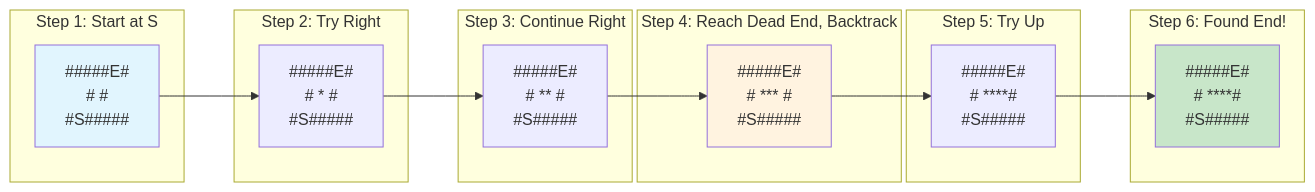
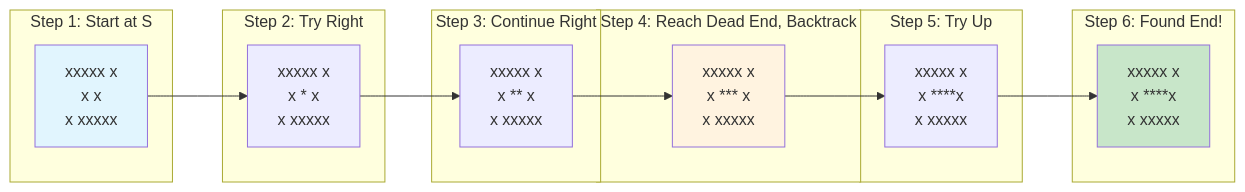
The second of 7 diagrams in 0011-maze-with-recursion/README.md (lezcodes/dsa), drawn with Mermaid before and after one commit. The commit also changed other lines of this file and 26 other files, not shown here.

Commit message:
docs: fix mermaid diagrams

````diff
--- a/0011-maze-with-recursion/README.md
+++ b/0011-maze-with-recursion/README.md
@@ -262,32 +261,32 @@
 ```mermaid
 graph LR
     subgraph "Step 1: Start at S"
-        A1["#####E#<br/>#     #<br/>#S#####"]
+        A1["xxxxx x<br/>x     x<br/>x xxxxx"]
     end
 
     subgraph "Step 2: Try Right"
-        A2["#####E#<br/># *   #<br/>#S#####"]
+        A2["xxxxx x<br/>x *   x<br/>x xxxxx"]
     end
 
     subgraph "Step 3: Continue Right"
-        A3["#####E#<br/># **  #<br/>#S#####"]
+        A3["xxxxx x<br/>x **  x<br/>x xxxxx"]
     end
 
     subgraph "Step 4: Reach Dead End, Backtrack"
-        A4["#####E#<br/># *** #<br/>#S#####"]
+        A4["xxxxx x<br/>x *** x<br/>x xxxxx"]
     end
 
     subgraph "Step 5: Try Up"
-        A5["#####E#<br/># ****#<br/>#S#####"]
+        A5["xxxxx x<br/>x ****x<br/>x xxxxx"]
     end
 
     subgraph "Step 6: Found End!"
-        A6["#####E#<br/># ****#<br/>#S#####"]
+        A6["xxxxx x<br/>x ****x<br/>x xxxxx"]
     end
 
     A1 --> A2 --> A3 --> A4 --> A5 --> A6
 
     style A1 fill:#e1f5fe
     style A6 fill:#c8e6c9
     style A4 fill:#fff3e0
 ```
````
